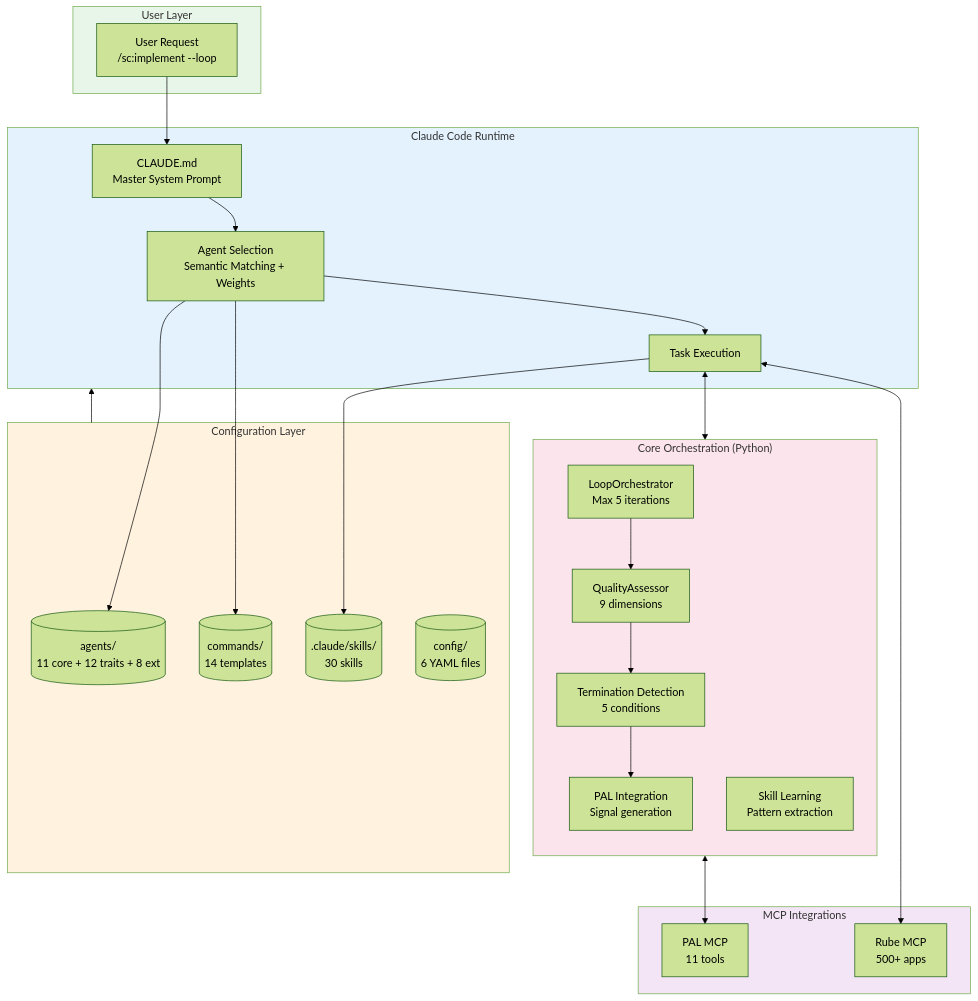
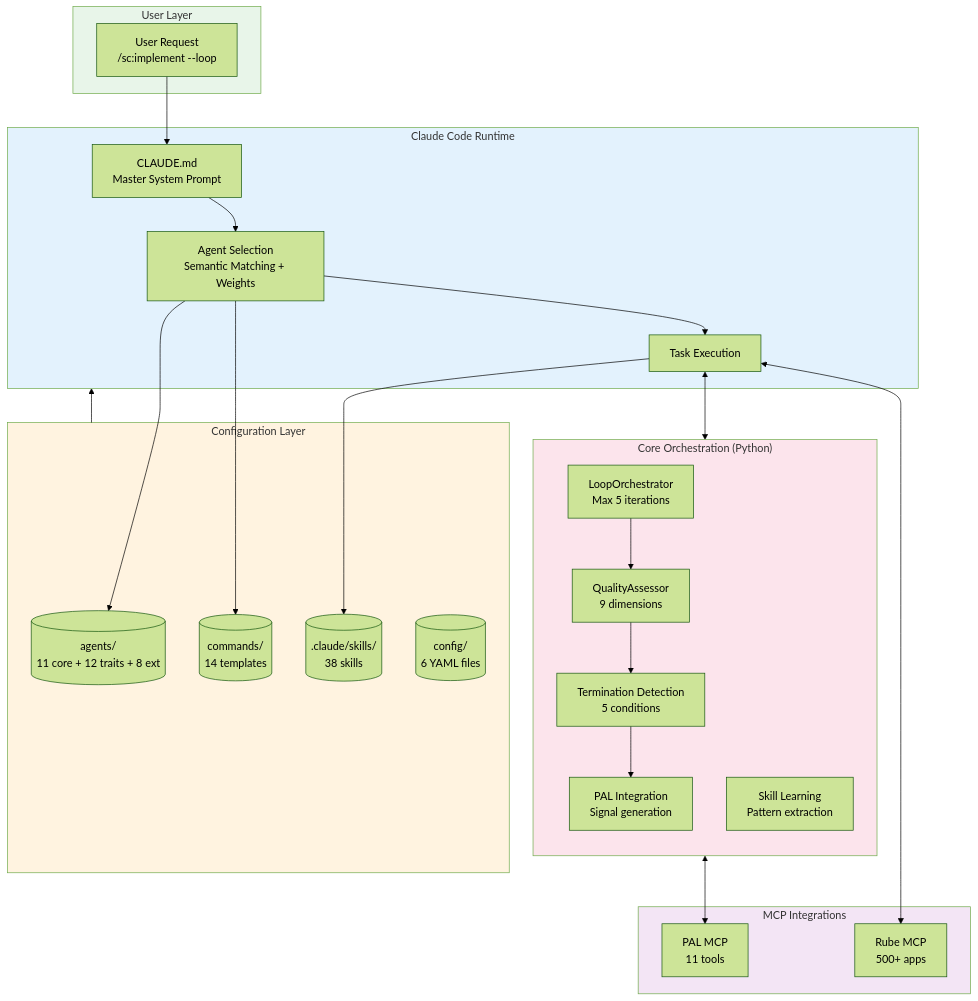
Before and after one commit to Tony363/SuperClaude: the first of 9 diagrams in README.md, drawn with Mermaid (forest theme). The commit also changed other lines of this file and 6 other files, not shown here.

````diff
--- a/README.md
+++ b/README.md
@@ -128,53 +133,53 @@
 ```mermaid
 flowchart TB
     subgraph User["User Layer"]
         REQ["User Request<br/>/sc:implement --loop"]
     end
 
     subgraph Runtime["Claude Code Runtime"]
         CLAUDE["CLAUDE.md<br/>Master System Prompt"]
         SELECT["Agent Selection<br/>Semantic Matching + Weights"]
         EXEC["Task Execution"]
     end
 
     subgraph Config["Configuration Layer"]
         AGENTS[("agents/<br/>11 core + 12 traits + 8 ext")]
         COMMANDS[("commands/<br/>14 templates")]
-        SKILLS[(".claude/skills/<br/>30 skills")]
+        SKILLS[(".claude/skills/<br/>38 skills")]
         YAML[("config/<br/>6 YAML files")]
     end
 
     subgraph Core["Core Orchestration (Python)"]
         direction TB
         LOOP["LoopOrchestrator<br/>Max 5 iterations"]
         QUALITY["QualityAssessor<br/>9 dimensions"]
         TERM["Termination Detection<br/>5 conditions"]
         PALINT["PAL Integration<br/>Signal generation"]
         LEARN["Skill Learning<br/>Pattern extraction"]
     end
 
     subgraph MCP["MCP Integrations"]
         PAL["PAL MCP<br/>11 tools"]
         RUBE["Rube MCP<br/>500+ apps"]
     end
 
     REQ --> CLAUDE
     CLAUDE --> SELECT
     SELECT --> AGENTS
     SELECT --> COMMANDS
     SELECT --> EXEC
     EXEC --> SKILLS
     EXEC <--> Core
     LOOP --> QUALITY
     QUALITY --> TERM
     TERM --> PALINT
     PALINT <--> PAL
     EXEC <--> RUBE
     Config --> Runtime
 
     style User fill:#e8f5e9
     style Runtime fill:#e3f2fd
     style Config fill:#fff3e0
     style Core fill:#fce4ec
     style MCP fill:#f3e5f5
 ```
````
